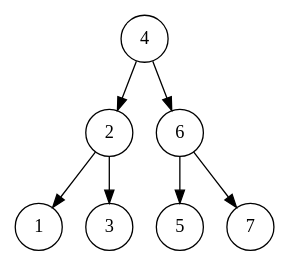
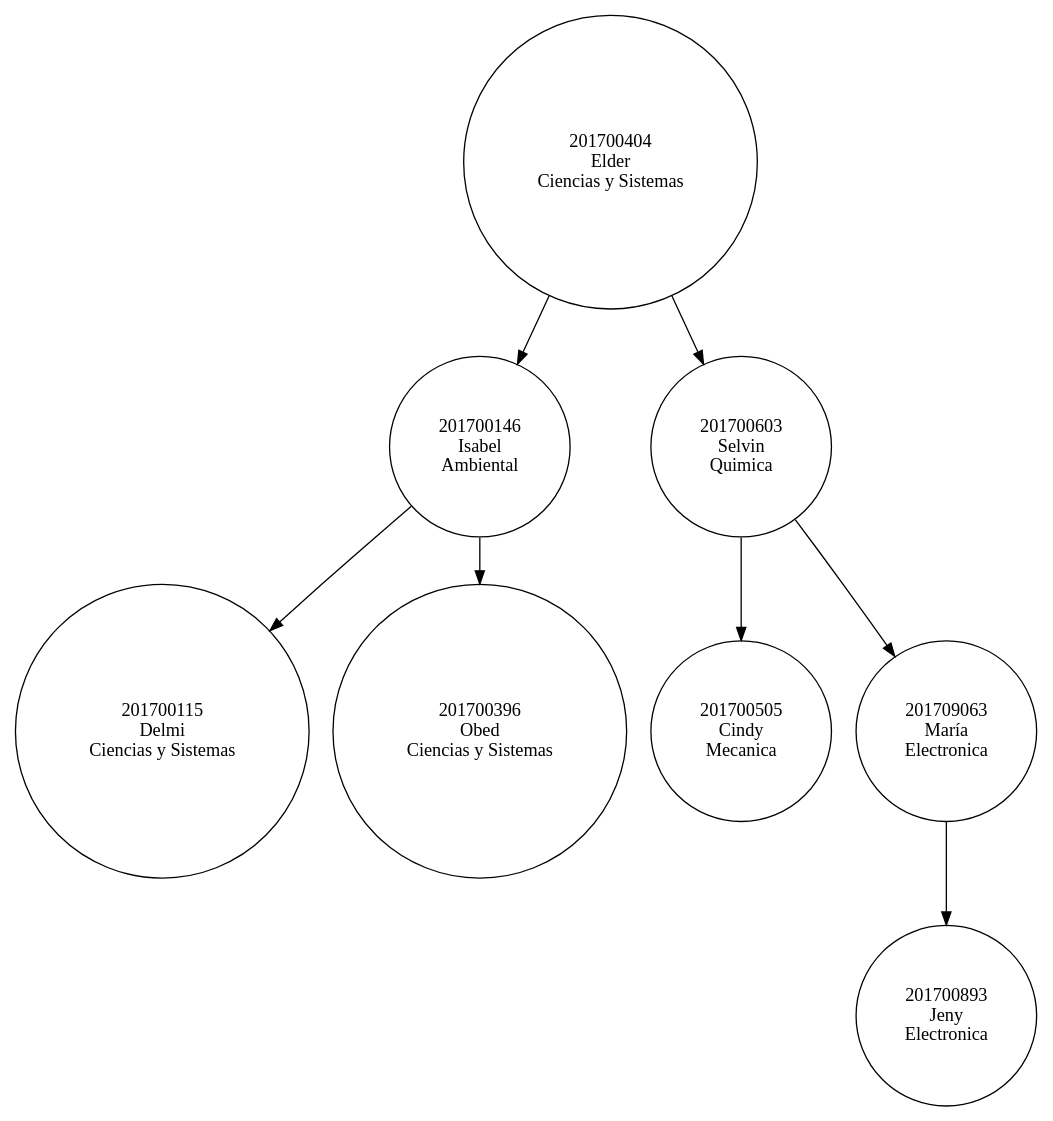
The diagram in Fase2/avl.dot (Elder2296/EDD_SmartClass_201700404), drawn with Graphviz before and after one commit. The commit also changed 9 other files, not shown here.

```diff
--- a/Fase2/avl.dot
+++ b/Fase2/avl.dot
@@ -1,16 +1,18 @@
 digraph AVL{
-node [shape = circle label = "1"] 1
-node [shape = circle label = "2"] 2
-node [shape = circle label = "3"] 3
-node [shape = circle label = "4"] 4
-node [shape = circle label = "5"] 5
-node [shape = circle label = "6"] 6
-node [shape = circle label = "7"] 7
-4 -> 2 
-2 -> 1 
-2 -> 3 
-4 -> 6 
-6 -> 5 
-6 -> 7 
+node [shape = circle label = "201700115\nDelmi\nCiencias y Sistemas"] 201700115
+node [shape = circle label = "201700146\nIsabel\nAmbiental"] 201700146
+node [shape = circle label = "201700396\nObed\nCiencias y Sistemas"] 201700396
+node [shape = circle label = "201700404\nElder\nCiencias y Sistemas"] 201700404
+node [shape = circle label = "201700505\nCindy\nMecanica"] 201700505
+node [shape = circle label = "201700603\nSelvin\nQuimica"] 201700603
+node [shape = circle label = "201700893\nJeny\nElectronica"] 201700893
+node [shape = circle label = "201709063\nMaría\nElectronica"] 201709063
+201700404 -> 201700146 
+201700146 -> 201700115 
+201700146 -> 201700396 
+201700404 -> 201700603 
+201700603 -> 201700505 
+201700603 -> 201709063 
+201709063 -> 201700893 
 
 }
```
